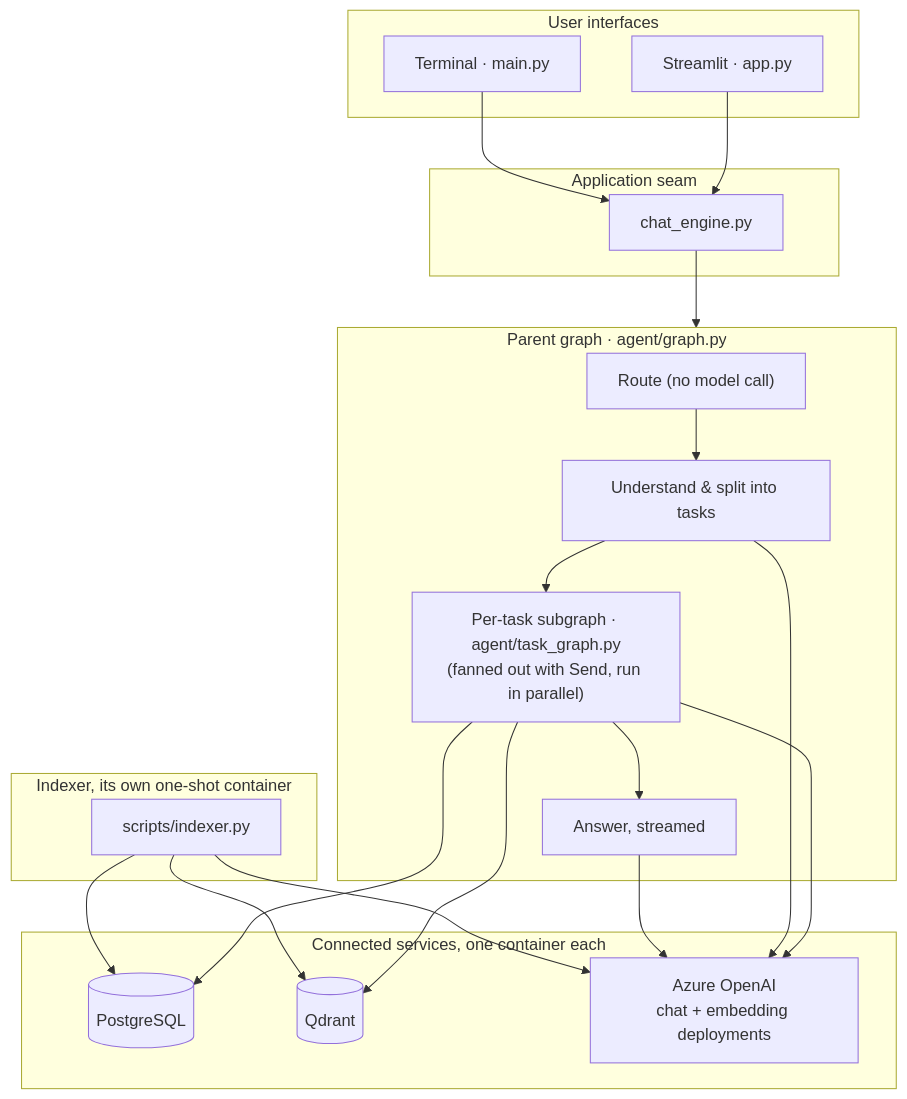
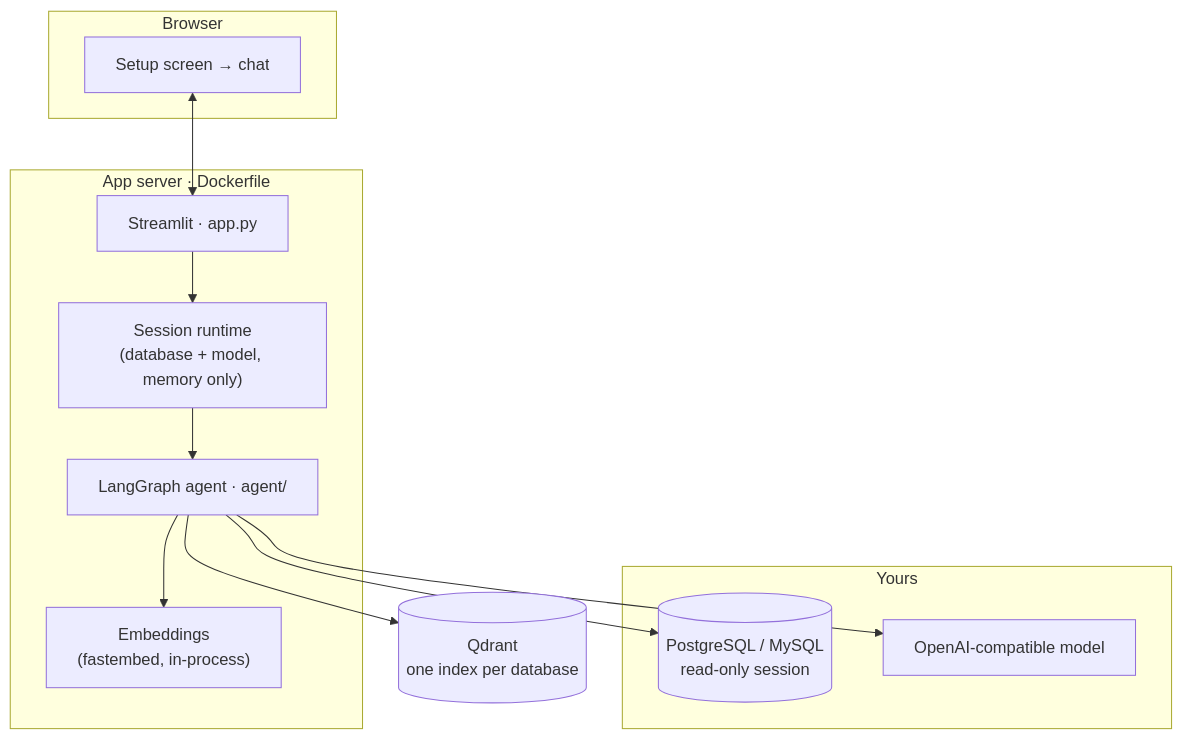
Before and after one commit to mahmoudalrefaey/chinhook: the second of 2 diagrams in README.md, drawn with Mermaid. The commit also changed other lines of this file and 14 other files, not shown here.

````diff
--- a/README.md
+++ b/README.md
@@ -114,40 +114,26 @@
 ```mermaid
 flowchart TB
-    subgraph UI["User interfaces"]
-        WEB["Streamlit · app.py"]
-        CLI["Terminal · main.py"]
+    subgraph BROWSER["Browser"]
+        UI["Setup screen → chat"]
     end
 
-    subgraph API["Application seam"]
-        ENGINE["chat_engine.py"]
+    subgraph APP["App server · Dockerfile"]
+        WEB["Streamlit · app.py"]
+        RT["Session runtime\n(database + model, memory only)"]
+        FLOW["LangGraph agent · agent/"]
+        EMB["Embeddings\n(fastembed, in-process)"]
     end
 
-    subgraph FLOW["Parent graph · agent/graph.py"]
-        ROUTE["Route (no model call)"]
-        UNDERSTAND["Understand & split into tasks"]
-        TASKGRAPH["Per-task subgraph · agent/task_graph.py\n(fanned out with Send, run in parallel)"]
-        ANSWER["Answer, streamed"]
+    subgraph YOURS["Yours"]
+        DB[("PostgreSQL / MySQL\nread-only session")]
+        LLM["OpenAI-compatible model"]
     end
 
-    subgraph SERVICES["Connected services, one container each"]
-        PG[("PostgreSQL")]
-        QD[("Qdrant")]
-        AZURE["Azure OpenAI\nchat + embedding deployments"]
-    end
+    QD[("Qdrant\none index per database")]
 
-    subgraph INDEXER["Indexer, its own one-shot container"]
-        IDX["scripts/indexer.py"]
-    end
-
-    WEB --> ENGINE --> FLOW
-    CLI --> ENGINE
-    ROUTE --> UNDERSTAND --> TASKGRAPH --> ANSWER
-    TASKGRAPH --> QD
-    TASKGRAPH --> PG
-    TASKGRAPH --> AZURE
-    UNDERSTAND --> AZURE
-    ANSWER --> AZURE
-    IDX --> QD
-    IDX --> PG
-    IDX --> AZURE
+    UI <--> WEB --> RT --> FLOW
+    FLOW --> DB
+    FLOW --> LLM
+    FLOW --> EMB
+    FLOW --> QD
 ```
````
